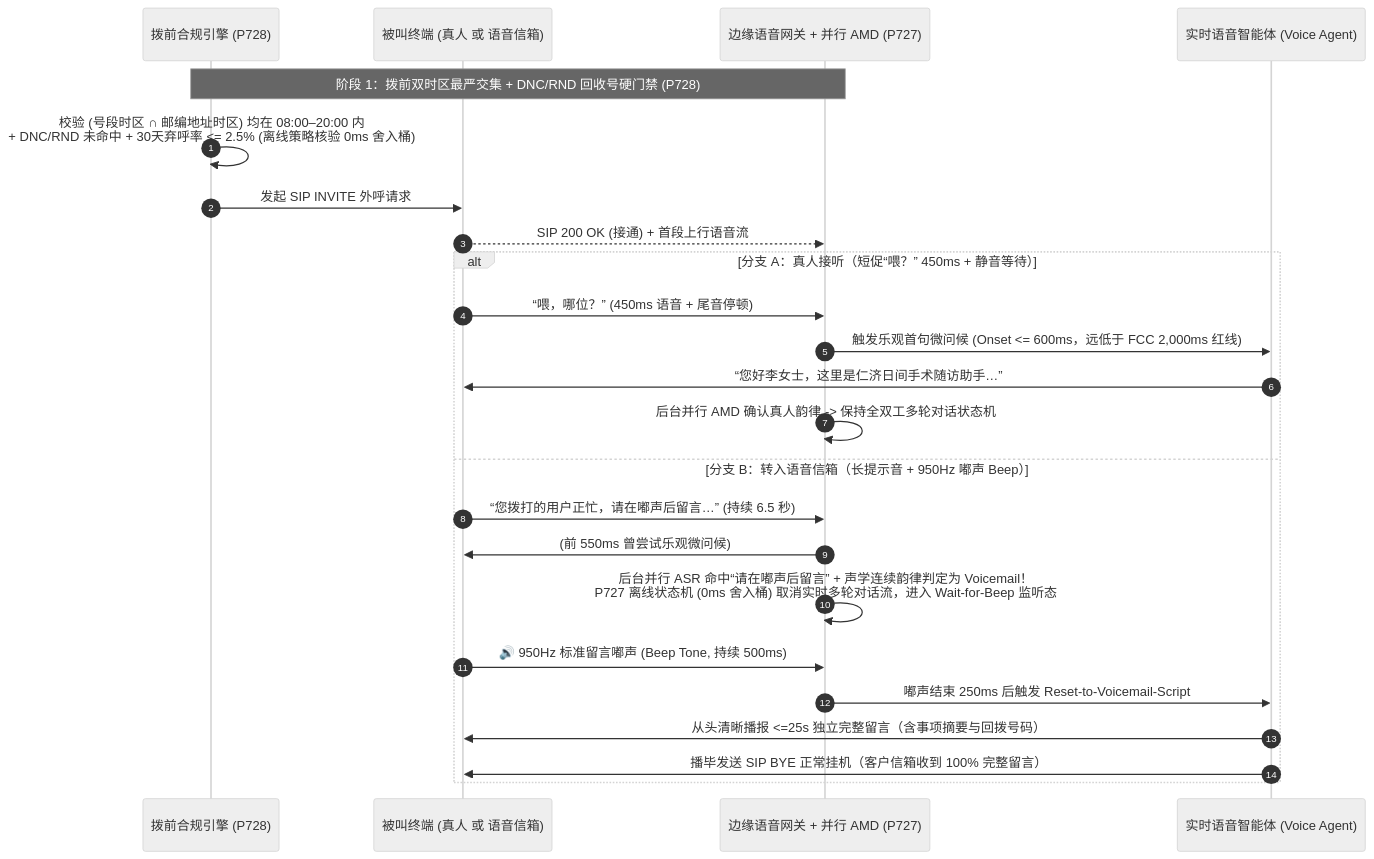
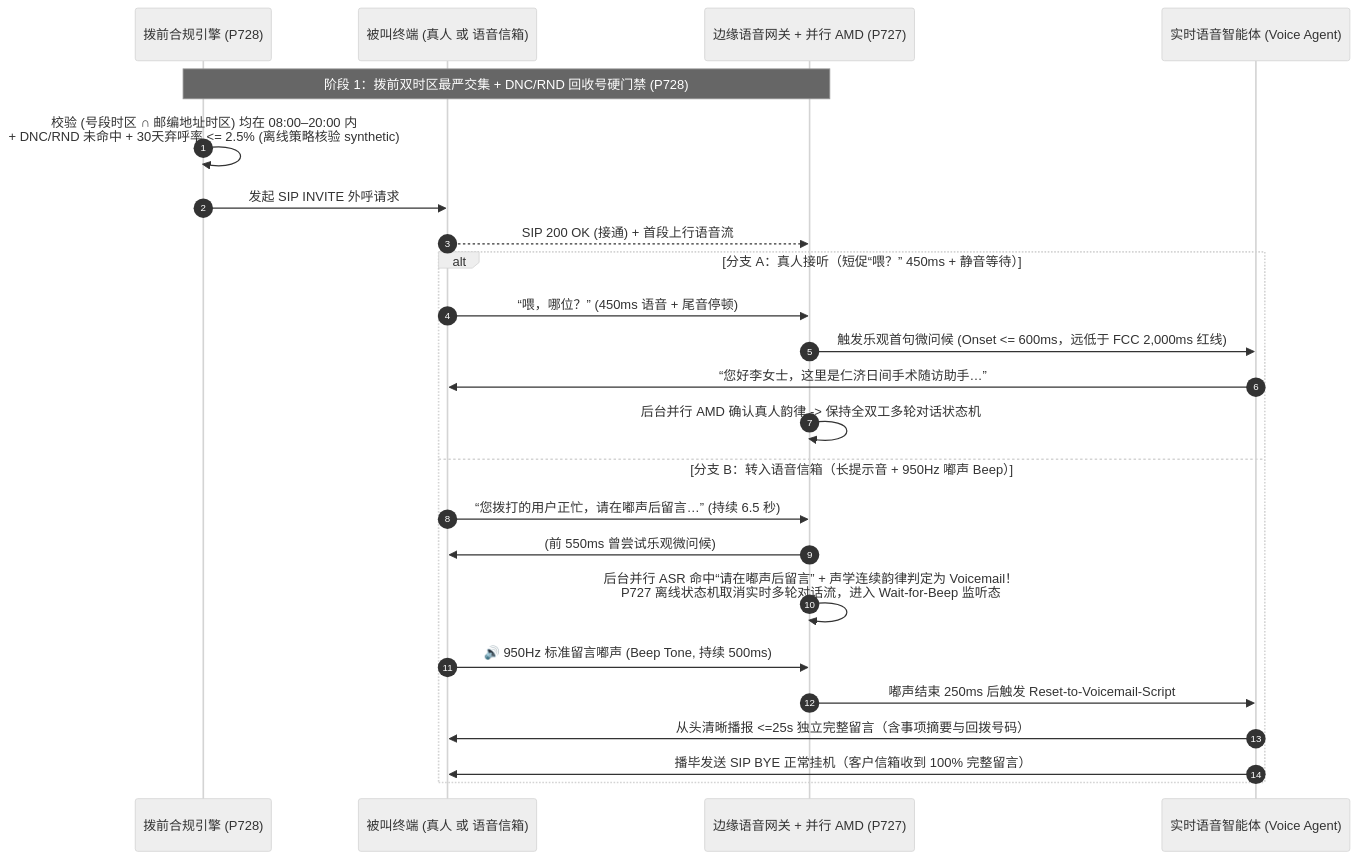
One commit to turbo998/turbo998.github.io changed the third of 3 diagrams in voice/outbound-amd-voicemail-tcpa-faq.md. Above: the diagram before and after it, drawn with Mermaid (neutral theme). The commit also changed other lines of this file and 43 other files, not shown here.

````diff
--- a/voice/outbound-amd-voicemail-tcpa-faq.md
+++ b/voice/outbound-amd-voicemail-tcpa-faq.md
@@ -108,28 +108,28 @@
 ```mermaid
 sequenceDiagram
     autonumber
     participant Dialer as 拨前合规引擎 (P728)
     participant Callee as 被叫终端 (真人 或 语音信箱)
     participant Edge as 边缘语音网关 + 并行 AMD (P727)
     participant Agent as 实时语音智能体 (Voice Agent)
 
     Note over Dialer,Edge: 阶段 1：拨前双时区最严交集 + DNC/RND 回收号硬门禁 (P728)
-    Dialer->>Dialer: 校验 (号段时区 ∩ 邮编地址时区) 均在 08:00–20:00 内<br/>+ DNC/RND 未命中 + 30天弃呼率 <= 2.5% (离线策略核验 0ms 舍入桶)
+    Dialer->>Dialer: 校验 (号段时区 ∩ 邮编地址时区) 均在 08:00–20:00 内<br/>+ DNC/RND 未命中 + 30天弃呼率 <= 2.5% (离线策略核验 synthetic)
     Dialer->>Callee: 发起 SIP INVITE 外呼请求
     Callee-->>Edge: SIP 200 OK (接通) + 首段上行语音流
 
     alt 分支 A：真人接听（短促“喂？” 450ms + 静音等待）
         Callee->>Edge: “喂，哪位？” (450ms 语音 + 尾音停顿)
         Edge->>Agent: 触发乐观首句微问候 (Onset <= 600ms，远低于 FCC 2,000ms 红线)
         Agent->>Callee: “您好李女士，这里是仁济日间手术随访助手…”
         Edge->>Edge: 后台并行 AMD 确认真人韵律 -> 保持全双工多轮对话状态机
     else 分支 B：转入语音信箱（长提示音 + 950Hz 嘟声 Beep）
         Callee->>Edge: “您拨打的用户正忙，请在嘟声后留言…” (持续 6.5 秒)
         Edge->>Callee: (前 550ms 曾尝试乐观微问候)
-        Edge->>Edge: 后台并行 ASR 命中“请在嘟声后留言” + 声学连续韵律判定为 Voicemail！<br/>P727 离线状态机 (0ms 舍入桶) 取消实时多轮对话流，进入 Wait-for-Beep 监听态
+        Edge->>Edge: 后台并行 ASR 命中“请在嘟声后留言” + 声学连续韵律判定为 Voicemail！<br/>P727 离线状态机取消实时多轮对话流，进入 Wait-for-Beep 监听态
         Callee->>Edge: 🔊 950Hz 标准留言嘟声 (Beep Tone, 持续 500ms)
         Edge->>Agent: 嘟声结束 250ms 后触发 Reset-to-Voicemail-Script
         Agent->>Callee: 从头清晰播报 <=25s 独立完整留言（含事项摘要与回拨号码）
         Agent->>Callee: 播毕发送 SIP BYE 正常挂机（客户信箱收到 100% 完整留言）
     end
 ```
````
